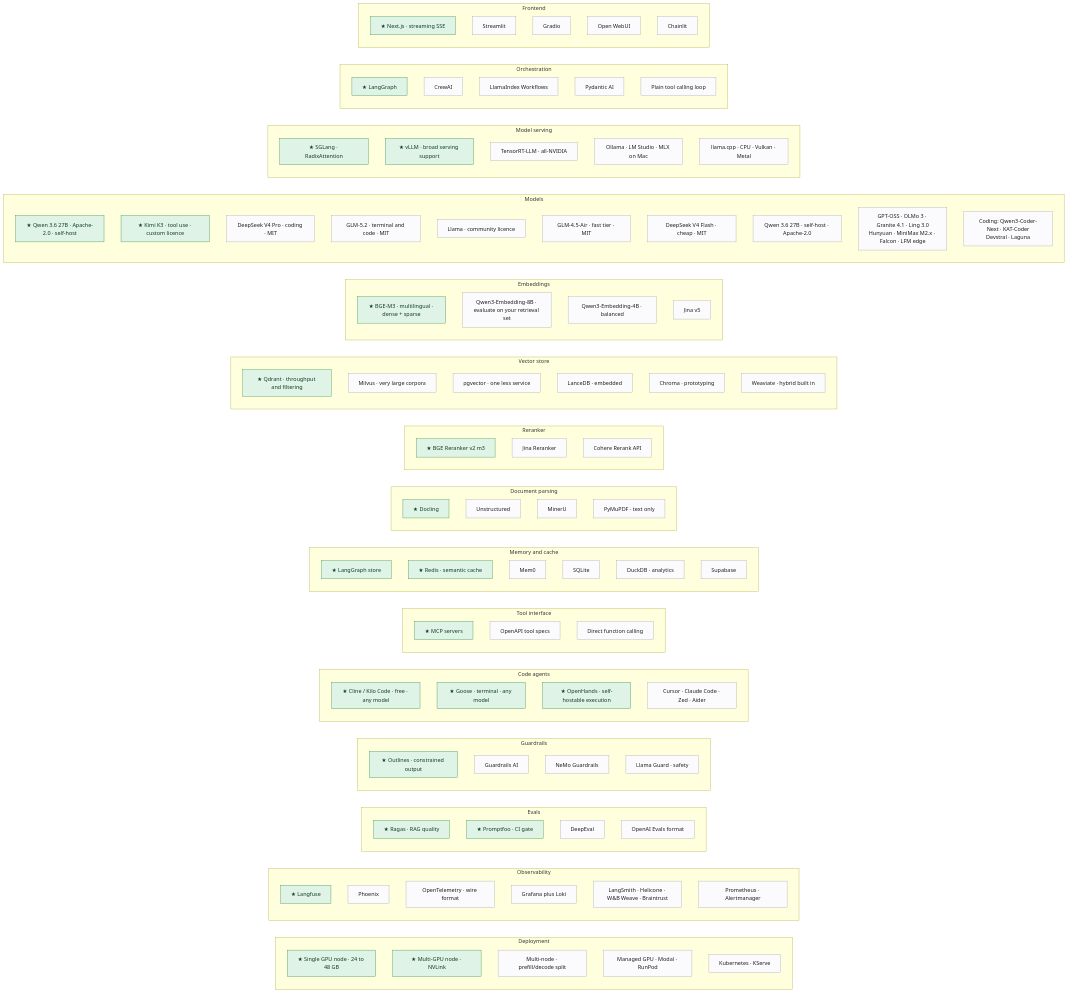
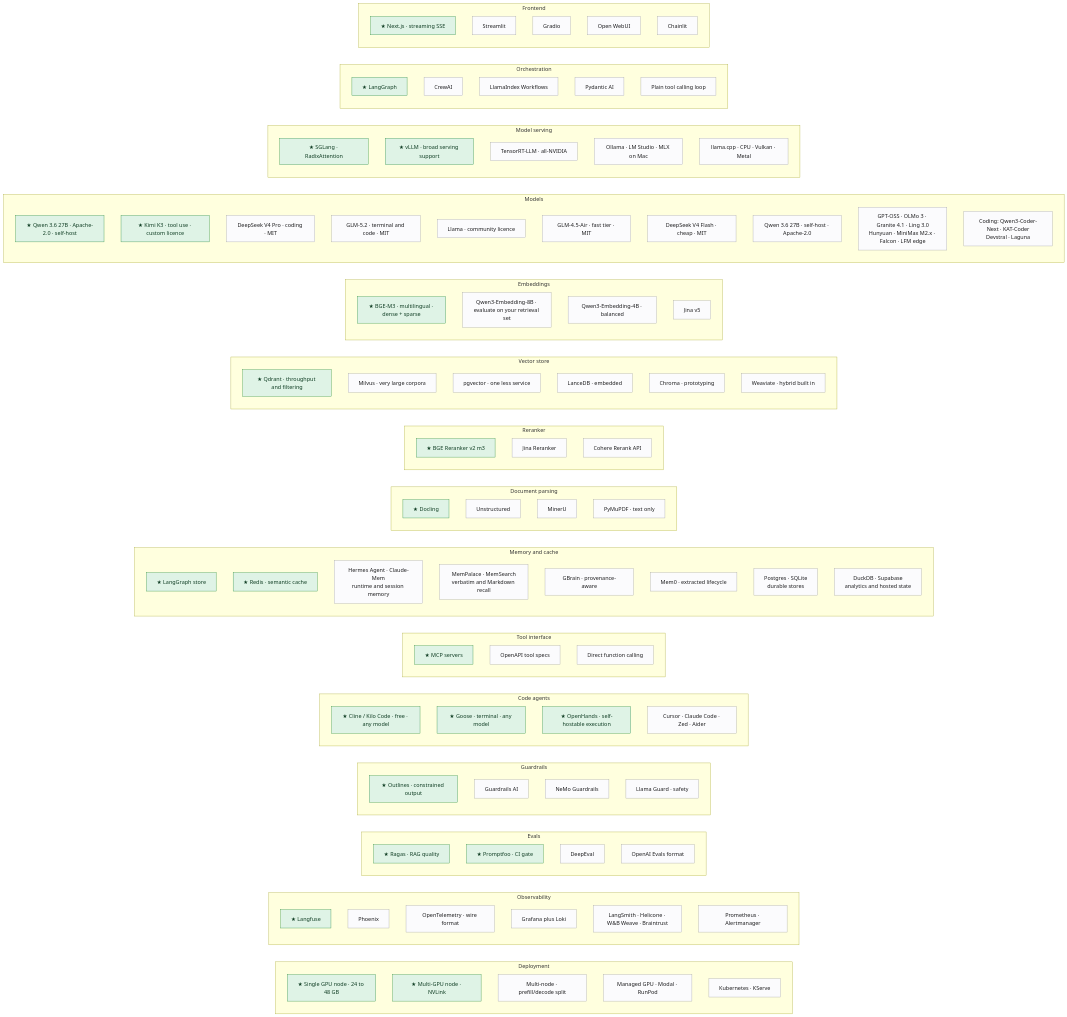
The diagram in diagrams/src/technology-catalogue.mmd (mlvpatel/open-weight-agent-stack), drawn with Mermaid before and after one commit. The commit also changed 9 other files, not shown here.

```diff
--- a/diagrams/src/technology-catalogue.mmd
+++ b/diagrams/src/technology-catalogue.mmd
@@ -1,111 +1,113 @@
 flowchart LR
     subgraph CAT_DP["Deployment"]
         DP1["★ Single GPU node · 24 to 48 GB"]
         DP2["★ Multi-GPU node · NVLink"]
         DP3["Multi-node · prefill/decode split"]
         DP4["Managed GPU · Modal · RunPod"]
         DP5["Kubernetes · KServe"]
     end
     subgraph CAT_OB["Observability"]
         OB1["★ Langfuse"]
         OB2["Phoenix"]
         OB3["OpenTelemetry · wire format"]
         OB4["Grafana plus Loki"]
         OB5["LangSmith · Helicone · W&B Weave · Braintrust"]
         OB6["Prometheus · Alertmanager"]
     end
     subgraph CAT_EV["Evals"]
         EV1["★ Ragas · RAG quality"]
         EV2["★ Promptfoo · CI gate"]
         EV3["DeepEval"]
         EV4["OpenAI Evals format"]
     end
     subgraph CAT_GR["Guardrails"]
         GR1["★ Outlines · constrained output"]
         GR2["Guardrails AI"]
         GR3["NeMo Guardrails"]
         GR4["Llama Guard · safety"]
     end
     subgraph CAT_CA["Code agents"]
         CA1["★ Cline / Kilo Code · free · any model"]
         CA2["★ Goose · terminal · any model"]
         CA3["★ OpenHands · self-hostable execution"]
         CA4["Cursor · Claude Code · Zed · Aider"]
     end
     subgraph CAT_TL["Tool interface"]
         TL1["★ MCP servers"]
         TL2["OpenAPI tool specs"]
         TL3["Direct function calling"]
     end
     subgraph CAT_ME["Memory and cache"]
         ME1["★ LangGraph store"]
         ME2["★ Redis · semantic cache"]
-        ME3["Mem0"]
-        ME4["SQLite"]
-        ME5["DuckDB · analytics"]
-        ME6["Supabase"]
+        ME3["Hermes Agent · Claude-Mem<br/>runtime and session memory"]
+        ME4["MemPalace · MemSearch<br/>verbatim and Markdown recall"]
+        ME5["GBrain · provenance-aware"]
+        ME6["Mem0 · extracted lifecycle"]
+        ME7["Postgres · SQLite<br/>durable stores"]
+        ME8["DuckDB · Supabase<br/>analytics and hosted state"]
     end
     subgraph CAT_PA["Document parsing"]
         PA1["★ Docling"]
         PA2["Unstructured"]
         PA3["MinerU"]
         PA4["PyMuPDF · text only"]
     end
     subgraph CAT_RR["Reranker"]
         RR1["★ BGE Reranker v2 m3"]
         RR2["Jina Reranker"]
         RR3["Cohere Rerank API"]
     end
     subgraph CAT_VS["Vector store"]
         VS1["★ Qdrant · throughput and filtering"]
         VS2["Milvus · very large corpora"]
         VS3["pgvector · one less service"]
         VS4["LanceDB · embedded"]
         VS5["Chroma · prototyping"]
         VS6["Weaviate · hybrid built in"]
     end
     subgraph CAT_EM["Embeddings"]
         EM1["★ BGE-M3 · multilingual · dense + sparse"]
         EM2["Qwen3-Embedding-8B · evaluate on your retrieval set"]
         EM3["Qwen3-Embedding-4B · balanced"]
         EM4["Jina v5"]
     end
     subgraph CAT_MD["Models"]
         MD1["★ Qwen 3.6 27B · Apache-2.0 · self-host"]
         MD2["★ Kimi K3 · tool use · custom licence"]
         MD3["DeepSeek V4 Pro · coding · MIT"]
         MD4["GLM-5.2 · terminal and code · MIT"]
         MD5["Llama · community licence"]
         MD6["GLM-4.5-Air · fast tier · MIT"]
         MD7["DeepSeek V4 Flash · cheap · MIT"]
         MD8["Qwen 3.6 27B · self-host · Apache-2.0"]
         MD9["GPT-OSS · OLMo 3 · Granite 4.1 · Ling 3.0<br/>Hunyuan · MiniMax M2.x · Falcon · LFM edge"]
         MD10["Coding: Qwen3-Coder-Next · KAT-Coder<br/>Devstral · Laguna"]
     end
     subgraph CAT_SV["Model serving"]
         SV1["★ SGLang · RadixAttention"]
         SV2["★ vLLM · broad serving support"]
         SV3["TensorRT-LLM · all-NVIDIA"]
         SV4["Ollama · LM Studio · MLX on Mac"]
         SV5["llama.cpp · CPU · Vulkan · Metal"]
     end
     subgraph CAT_OR["Orchestration"]
         OR1["★ LangGraph"]
         OR2["CrewAI"]
         OR3["LlamaIndex Workflows"]
         OR4["Pydantic AI"]
         OR5["Plain tool calling loop"]
     end
     subgraph CAT_FE["Frontend"]
         FE1["★ Next.js · streaming SSE"]
         FE2["Streamlit"]
         FE3["Gradio"]
         FE4["Open WebUI"]
         FE5["Chainlit"]
     end
 
     classDef pick fill:#dff3e6,stroke:#248a3d,color:#0f3d23
     classDef alt fill:#fbfbfd,stroke:#a1a1a6,color:#1d1d1f
 
     class FE1,OR1,SV1,SV2,MD1,MD2,EM1,VS1,RR1,PA1,ME1,ME2,TL1,CA1,CA2,CA3,GR1,EV1,EV2,OB1,DP1,DP2 pick
-    class FE2,FE3,FE4,FE5,OR2,OR3,OR4,OR5,SV3,SV4,SV5,MD3,MD4,MD5,MD6,MD7,MD8,MD9,MD10,EM2,EM3,EM4,VS2,VS3,VS4,VS5,VS6,RR2,RR3,PA2,PA3,PA4,ME3,ME4,ME5,ME6,TL2,TL3,CA4,GR2,GR3,GR4,EV3,EV4,OB2,OB3,OB4,OB5,OB6,DP3,DP4,DP5 alt
+    class FE2,FE3,FE4,FE5,OR2,OR3,OR4,OR5,SV3,SV4,SV5,MD3,MD4,MD5,MD6,MD7,MD8,MD9,MD10,EM2,EM3,EM4,VS2,VS3,VS4,VS5,VS6,RR2,RR3,PA2,PA3,PA4,ME3,ME4,ME5,ME6,ME7,ME8,TL2,TL3,CA4,GR2,GR3,GR4,EV3,EV4,OB2,OB3,OB4,OB5,OB6,DP3,DP4,DP5 alt
```
